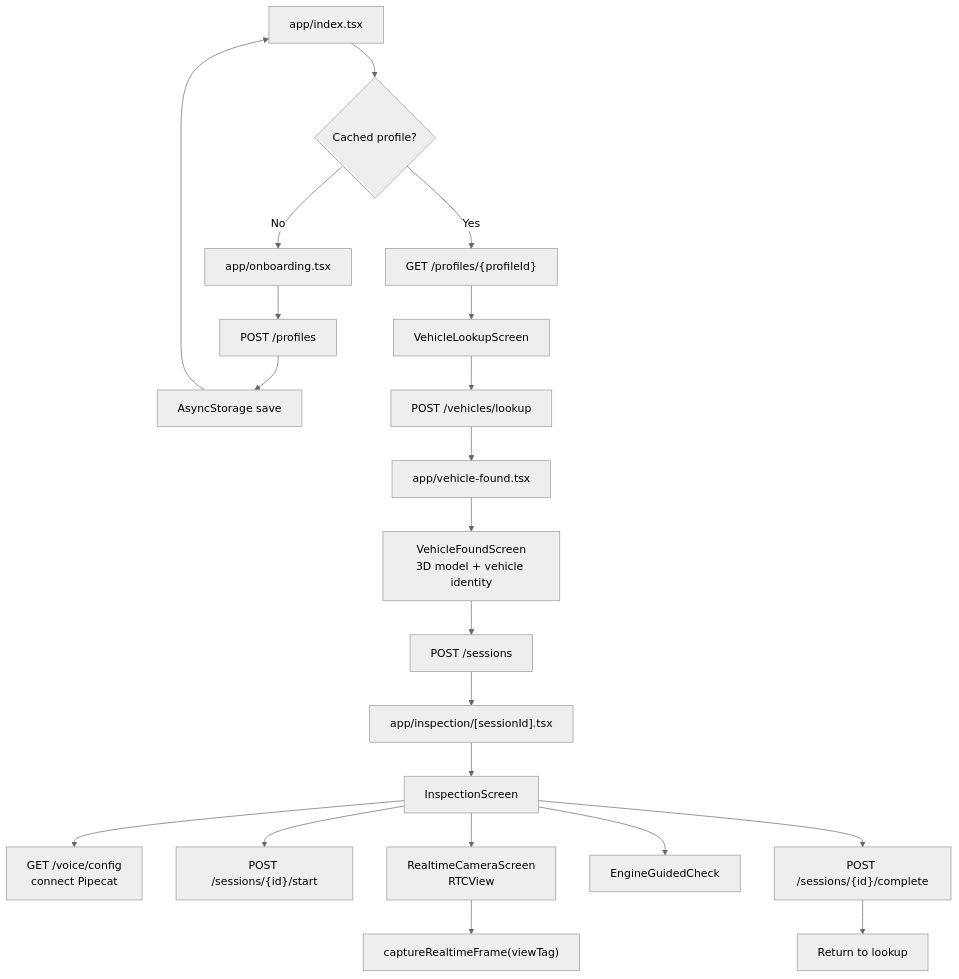
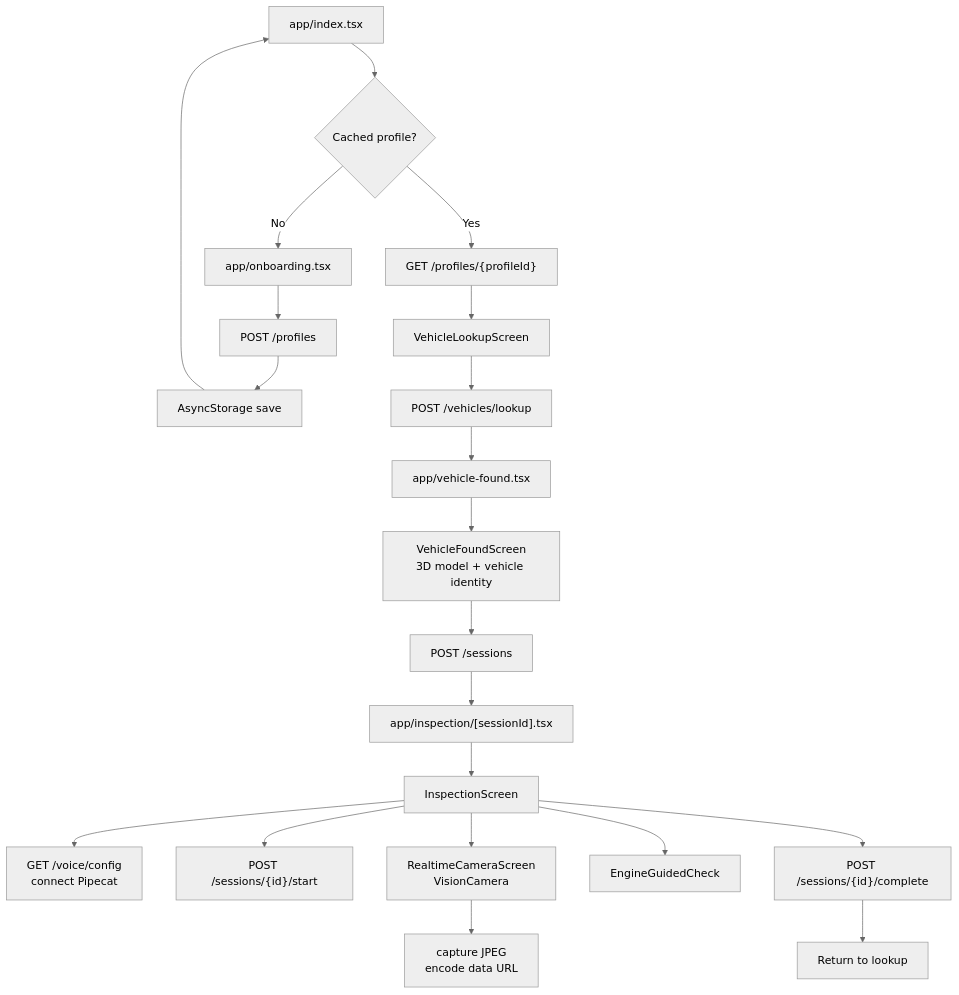
Before and after one commit to adityabhattad2021/Inspection-Copilot: the third of 11 diagrams in ARCHITECTURE.md, drawn with Mermaid (neutral theme). The commit also changed other lines of this file and 32 other files, not shown here.

Commit message:
feat: use react native vision camera

````diff
--- a/ARCHITECTURE.md
+++ b/ARCHITECTURE.md
@@ -132,25 +132,25 @@
 ```mermaid
 flowchart TD
   Launch["app/index.tsx"] --> CacheCheck{"Cached profile?"}
   CacheCheck -->|No| OnboardingRoute["app/onboarding.tsx"]
   CacheCheck -->|Yes| ProfileAPI["GET /profiles/{profileId}"]
   OnboardingRoute --> CreateProfile["POST /profiles"]
   CreateProfile --> SaveCache["AsyncStorage save"]
   SaveCache --> Launch
   ProfileAPI --> Lookup["VehicleLookupScreen"]
 
   Lookup --> LookupAPI["POST /vehicles/lookup"]
   LookupAPI --> VehicleFoundRoute["app/vehicle-found.tsx"]
   VehicleFoundRoute --> VehicleFound["VehicleFoundScreen<br/>3D model + vehicle identity"]
   VehicleFound --> CreateSession["POST /sessions"]
   CreateSession --> InspectionRoute["app/inspection/[sessionId].tsx"]
 
   InspectionRoute --> InspectionScreen["InspectionScreen"]
   InspectionScreen --> VoiceRuntime["GET /voice/config<br/>connect Pipecat"]
   InspectionScreen --> StartSession["POST /sessions/{id}/start"]
-  InspectionScreen --> RealtimeCamera["RealtimeCameraScreen<br/>RTCView"]
+  InspectionScreen --> RealtimeCamera["RealtimeCameraScreen<br/>VisionCamera"]
   InspectionScreen --> EngineCheck["EngineGuidedCheck"]
   InspectionScreen --> Complete["POST /sessions/{id}/complete"]
-  RealtimeCamera --> NativeCapture["captureRealtimeFrame(viewTag)"]
+  RealtimeCamera --> PhotoCapture["capture JPEG<br/>encode data URL"]
   Complete --> BackToLookup["Return to lookup"]
 ```
````
